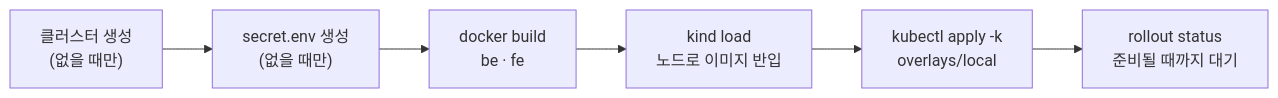
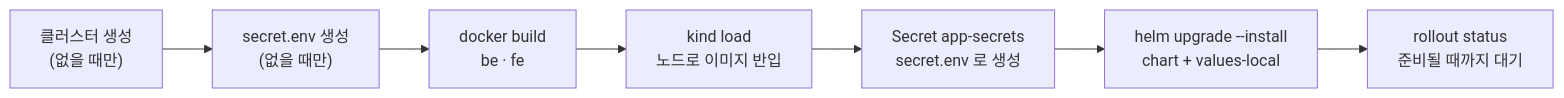
One commit to akdrhtn123/MyProject changed the sixth of 6 diagrams in docs/ARCHITECTURE.md. Above: the diagram before and after it, drawn with Mermaid. The commit also changed other lines of this file and 16 other files, not shown here.

````diff
--- a/docs/ARCHITECTURE.md
+++ b/docs/ARCHITECTURE.md
@@ -189,4 +203,4 @@
 ```mermaid
 flowchart LR
-    a["클러스터 생성<br/>(없을 때만)"] --> b["secret.env 생성<br/>(없을 때만)"] --> c["docker build<br/>be · fe"] --> d["kind load<br/>노드로 이미지 반입"] --> e["kubectl apply -k<br/>overlays/local"] --> f["rollout status<br/>준비될 때까지 대기"]
+    a["클러스터 생성<br/>(없을 때만)"] --> b["secret.env 생성<br/>(없을 때만)"] --> c["docker build<br/>be · fe"] --> d["kind load<br/>노드로 이미지 반입"] --> s["Secret app-secrets<br/>secret.env 로 생성"] --> e["helm upgrade --install<br/>chart + values-local"] --> f["rollout status<br/>준비될 때까지 대기"]
 ```
````
